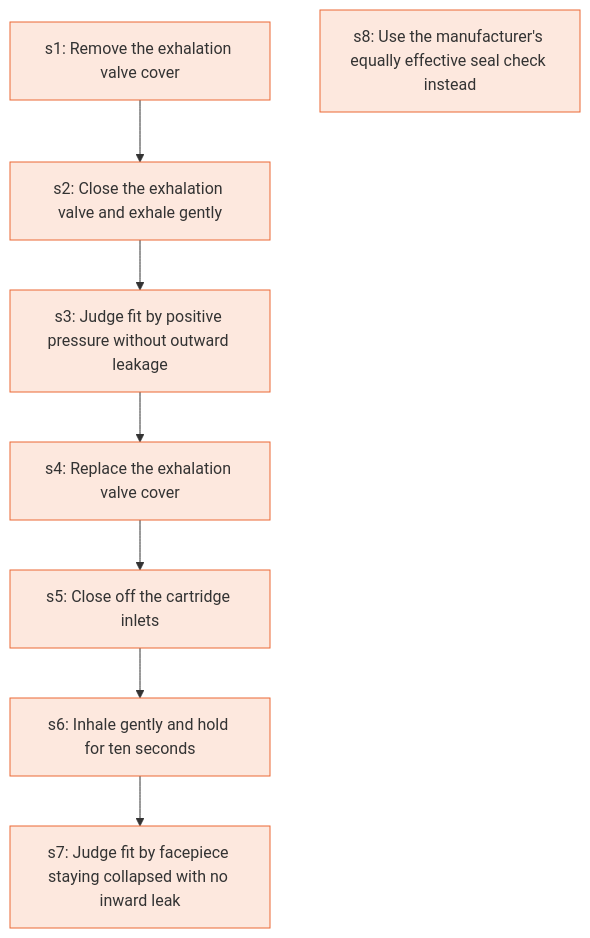
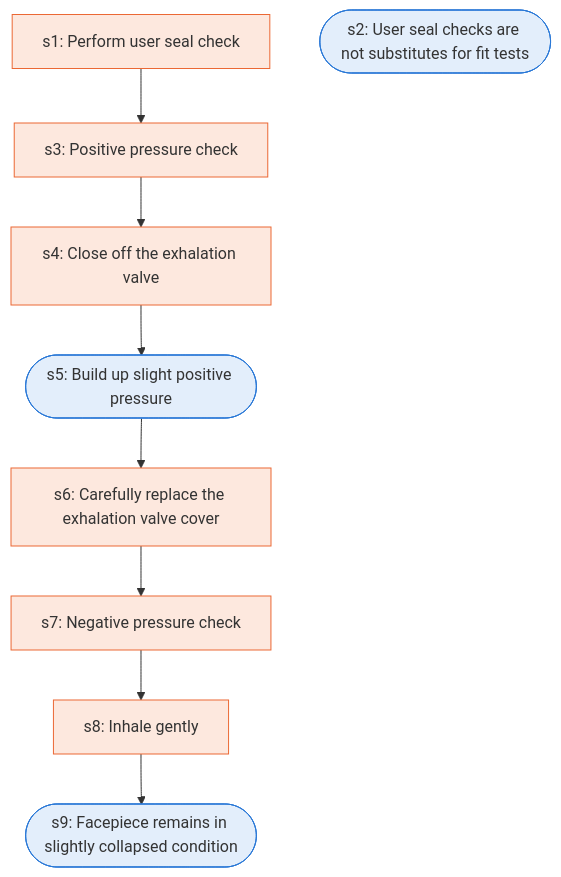
Before and after one commit to Jitesh-Mishra/sop-to-agent-workflows: the diagram in docs/runbooks/osha_respirator_seal_check.md, drawn with Mermaid. The commit also changed other lines of this file and 172 other files, not shown here.

````diff
--- a/docs/runbooks/osha_respirator_seal_check.md
+++ b/docs/runbooks/osha_respirator_seal_check.md
@@ -7,20 +7,23 @@
 ```mermaid
 flowchart TD
-  s1["s1: Remove the exhalation valve cover"]
-  s2["s2: Close the exhalation valve and exhale gently"]
-  s3["s3: Judge fit by positive pressure without outward leakage"]
-  s4["s4: Replace the exhalation valve cover"]
-  s5["s5: Close off the cartridge inlets"]
-  s6["s6: Inhale gently and hold for ten seconds"]
-  s7["s7: Judge fit by facepiece staying collapsed with no inward leak"]
-  s8["s8: Use the manufacturer's equally effective seal check instead"]
-  s1 --> s2
-  s2 --> s3
+  s1["s1: Perform user seal check"]
+  s2(["s2: User seal checks are not substitutes for fit tests"])
+  s3["s3: Positive pressure check"]
+  s4["s4: Close off the exhalation valve"]
+  s5(["s5: Build up slight positive pressure"])
+  s6["s6: Carefully replace the exhalation valve cover"]
+  s7["s7: Negative pressure check"]
+  s8["s8: Inhale gently"]
+  s9(["s9: Facepiece remains in slightly collapsed condition"])
+  s1 --> s3
   s3 --> s4
   s4 --> s5
   s5 --> s6
   s6 --> s7
+  s7 --> s8
+  s8 --> s9
   classDef agent fill:#e3eefb,stroke:#2a78d6
   classDef human fill:#fde8de,stroke:#eb6834
-  class s1,s2,s3,s4,s5,s6,s7,s8 human
+  class s2,s5,s9 agent
+  class s1,s3,s4,s6,s7,s8 human
 ```
````
